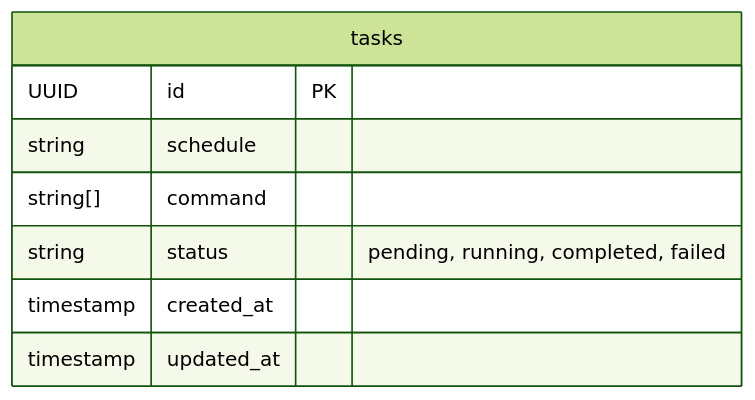
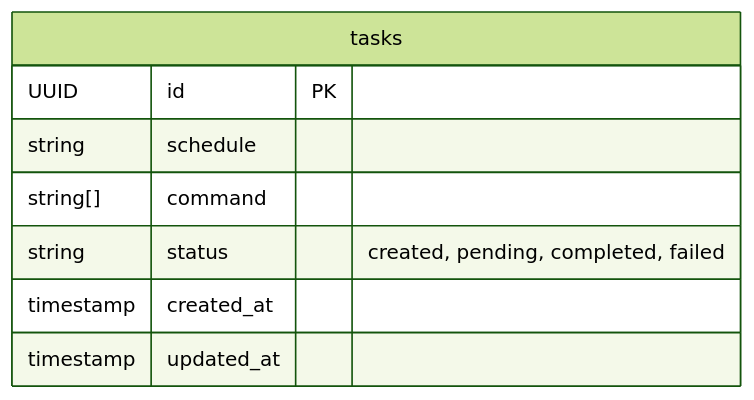
Before and after one commit to Hhacel/TaskFlow: the second of 2 diagrams in README.md, drawn with Mermaid (forest theme). The commit also changed other lines of this file and 3 other files, not shown here.

````diff
--- a/README.md
+++ b/README.md
@@ -62,14 +62,14 @@
 ```mermaid
 erDiagram
     tasks
 
     tasks {
         UUID id PK
         string schedule
         string[] command
-        string status "pending, running, completed, failed"
+        string status "created, pending, completed, failed"
         timestamp created_at
         timestamp updated_at
     }
 
 ```
````
